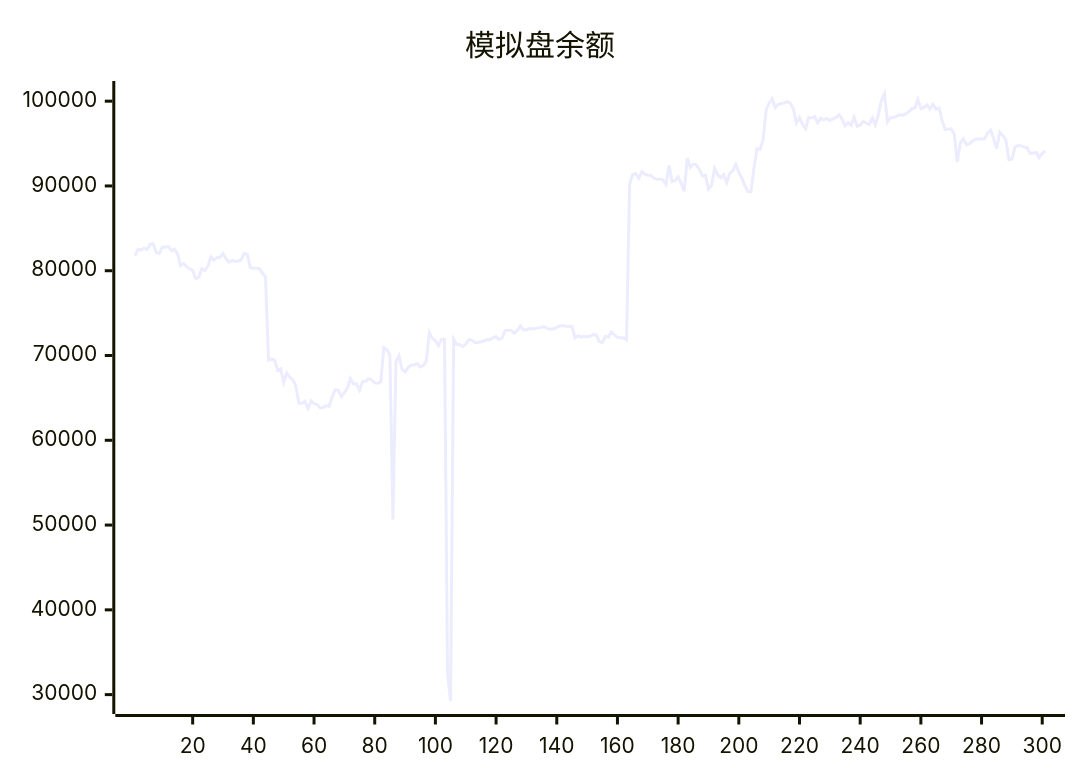
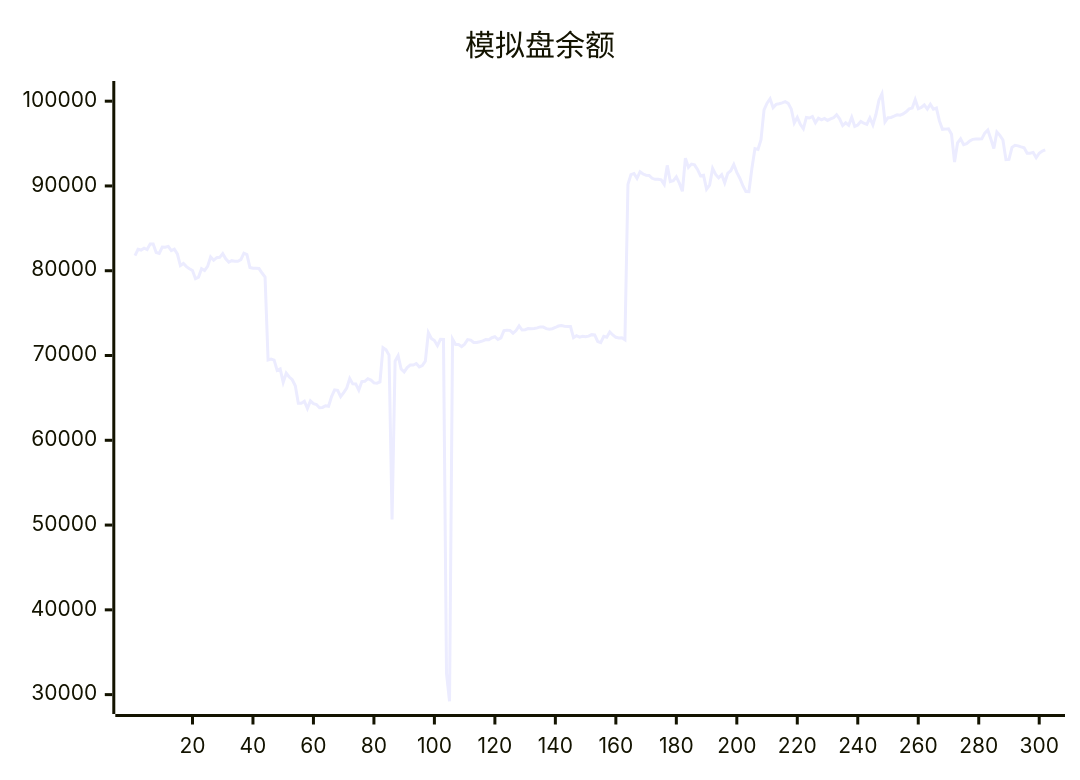
One commit to aahl/ai-trading changed the diagram in README.md. Above: the diagram before and after it, drawn with Mermaid. The commit also changed other lines of this file and 1 other file, not shown here.

````diff
--- a/README.md
+++ b/README.md
@@ -5,5 +5,5 @@
 ```mermaid
 xychart
     title "模拟盘余额"
-    line [81776,82522,82441,82656,82499,83144,83145,82150,82038,82797,82763,82872,82367,82536,81981,80612,80862,80484,80242,80034,79063,79245,80227,80016,80507,81625,81233,81544,81578,82016,81401,81019,81186,81130,81118,81306,82066,81909,80392,80304,80291,80258,79729,79261,69466,69579,69456,68251,68415,66832,67911,67462,67144,66432,64380,64375,64606,63741,64647,64324,64216,63842,63877,64079,64008,65156,65945,65888,65157,65625,66144,67284,66653,66639,65924,66925,66956,67263,67108,66766,66729,66886,70927,70673,70049,50652,69334,69973,68400,68061,68578,68877,68879,69055,68662,68822,69329,72687,71999,71760,71163,71911,71896,32500,29218,71927,71297,71305,71044,71337,71883,71822,71536,71536,71622,71723,71880,71860,72100,72216,71887,72077,72940,72976,72966,72638,72948,73497,73004,73041,73173,73160,73187,73258,73375,73351,73173,73098,73161,73305,73474,73536,73457,73413,73412,72100,72333,72164,72272,72204,72285,72461,72421,71652,71521,72267,72157,72774,72425,72144,72060,72091,71858,90185,91338,91466,90900,91678,91404,91268,91244,90903,90779,90787,90721,90187,92429,90518,90619,91070,90328,89376,93286,92202,92581,92485,91947,91196,91259,89619,90086,92063,91355,90950,91327,90373,91498,91800,92531,91603,90910,90031,89351,89334,92097,94406,94315,95455,98972,99763,100286,99229,99622,99701,99805,99938,99738,99082,97430,98094,97267,96741,98081,98013,98194,97447,97983,97789,97969,97729,97911,98043,98405,97912,97120,97448,97154,98095,97021,97191,97616,97402,97263,98035,97210,98424,100121,100876,97552,98049,98085,98228,98388,98342,98488,98750,99086,99181,100188,99107,99272,99553,99072,99636,99061,99186,97674,96679,96704,96743,96096,92830,95088,95560,94866,94995,95295,95497,95531,95527,95559,96236,96597,95538,94422,96363,95972,95418,93095,93128,94558,94795,94727,94611,94508,93857,93852,93955,93340,93862,94112]
+    line [81776,82522,82441,82656,82499,83144,83145,82150,82038,82797,82763,82872,82367,82536,81981,80612,80862,80484,80242,80034,79063,79245,80227,80016,80507,81625,81233,81544,81578,82016,81401,81019,81186,81130,81118,81306,82066,81909,80392,80304,80291,80258,79729,79261,69466,69579,69456,68251,68415,66832,67911,67462,67144,66432,64380,64375,64606,63741,64647,64324,64216,63842,63877,64079,64008,65156,65945,65888,65157,65625,66144,67284,66653,66639,65924,66925,66956,67263,67108,66766,66729,66886,70927,70673,70049,50652,69334,69973,68400,68061,68578,68877,68879,69055,68662,68822,69329,72687,71999,71760,71163,71911,71896,32500,29218,71927,71297,71305,71044,71337,71883,71822,71536,71536,71622,71723,71880,71860,72100,72216,71887,72077,72940,72976,72966,72638,72948,73497,73004,73041,73173,73160,73187,73258,73375,73351,73173,73098,73161,73305,73474,73536,73457,73413,73412,72100,72333,72164,72272,72204,72285,72461,72421,71652,71521,72267,72157,72774,72425,72144,72060,72091,71858,90185,91338,91466,90900,91678,91404,91268,91244,90903,90779,90787,90721,90187,92429,90518,90619,91070,90328,89376,93286,92202,92581,92485,91947,91196,91259,89619,90086,92063,91355,90950,91327,90373,91498,91800,92531,91603,90910,90031,89351,89334,92097,94406,94315,95455,98972,99763,100286,99229,99622,99701,99805,99938,99738,99082,97430,98094,97267,96741,98081,98013,98194,97447,97983,97789,97969,97729,97911,98043,98405,97912,97120,97448,97154,98095,97021,97191,97616,97402,97263,98035,97210,98424,100121,100876,97552,98049,98085,98228,98388,98342,98488,98750,99086,99181,100188,99107,99272,99553,99072,99636,99061,99186,97674,96679,96704,96743,96096,92830,95088,95560,94866,94995,95295,95497,95531,95527,95559,96236,96597,95538,94422,96363,95972,95418,93095,93128,94558,94795,94727,94611,94508,93857,93852,93955,93340,93862,94112,94249]
 ```
````
